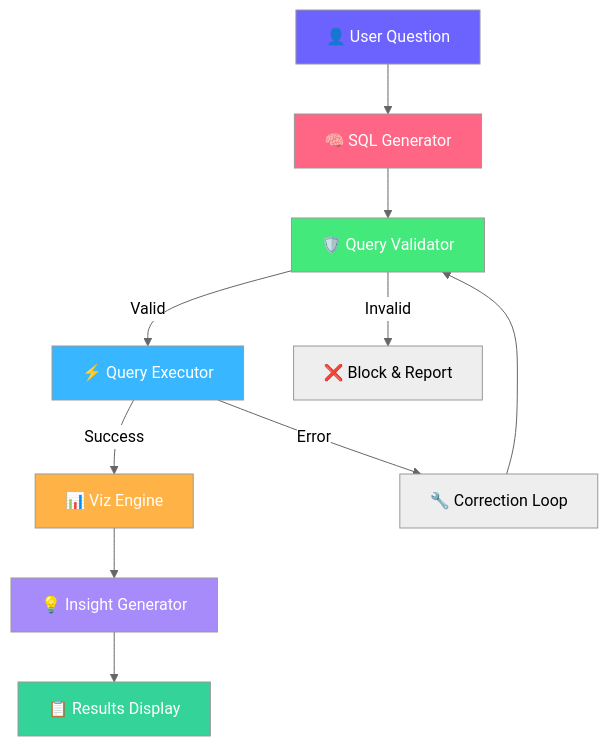
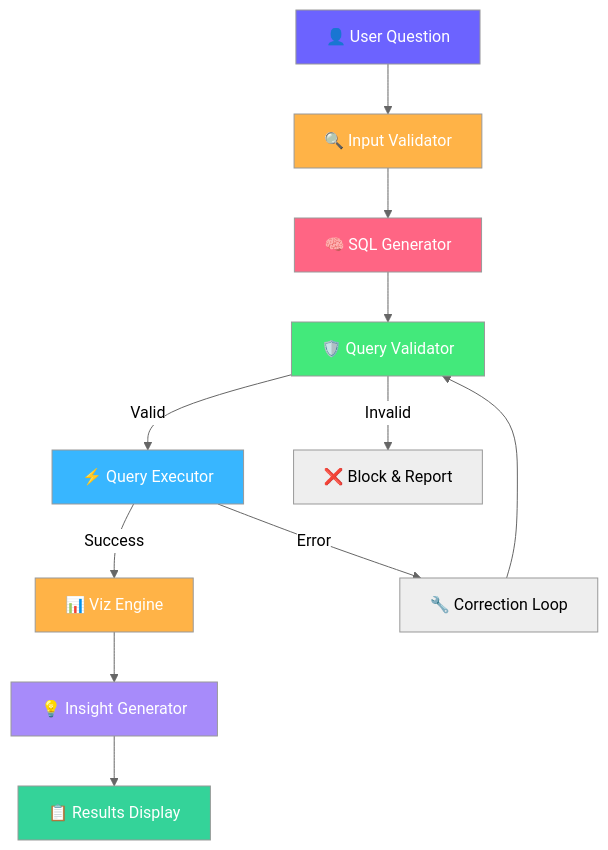
Before and after one commit to Priyal-2005/AskDataSage-AI: the diagram in README.md, drawn with Mermaid (neutral theme). The commit also changed other lines of this file and 5 other files, not shown here.

Commit message:
feat: implement input validation, query timeout protection, and robust dataframe handling

````diff
--- a/README.md
+++ b/README.md
@@ -35,20 +37,22 @@
 ```mermaid
 graph TD
-    A[👤 User Question] --> B[🧠 SQL Generator]
-    B --> C[🛡️ Query Validator]
-    C -->|Valid| D[⚡ Query Executor]
-    C -->|Invalid| E[❌ Block & Report]
-    D -->|Success| F[📊 Viz Engine]
-    D -->|Error| G[🔧 Correction Loop]
-    G --> C
-    F --> H[💡 Insight Generator]
-    H --> I[📋 Results Display]
+    A[👤 User Question] --> B[🔍 Input Validator]
+    B --> C[🧠 SQL Generator]
+    C --> D[🛡️ Query Validator]
+    D -->|Valid| E[⚡ Query Executor]
+    D -->|Invalid| F[❌ Block & Report]
+    E -->|Success| G[📊 Viz Engine]
+    E -->|Error| H[🔧 Correction Loop]
+    H --> D
+    G --> I[💡 Insight Generator]
+    I --> J[📋 Results Display]
 
     style A fill:#6C63FF,color:#fff
-    style B fill:#FF6584,color:#fff
-    style C fill:#43E97B,color:#fff
-    style D fill:#38B6FF,color:#fff
-    style F fill:#FFB347,color:#fff
-    style H fill:#A78BFA,color:#fff
-    style I fill:#34D399,color:#fff
+    style B fill:#FFB347,color:#fff
+    style C fill:#FF6584,color:#fff
+    style D fill:#43E97B,color:#fff
+    style E fill:#38B6FF,color:#fff
+    style G fill:#FFB347,color:#fff
+    style I fill:#A78BFA,color:#fff
+    style J fill:#34D399,color:#fff
 ```
````
